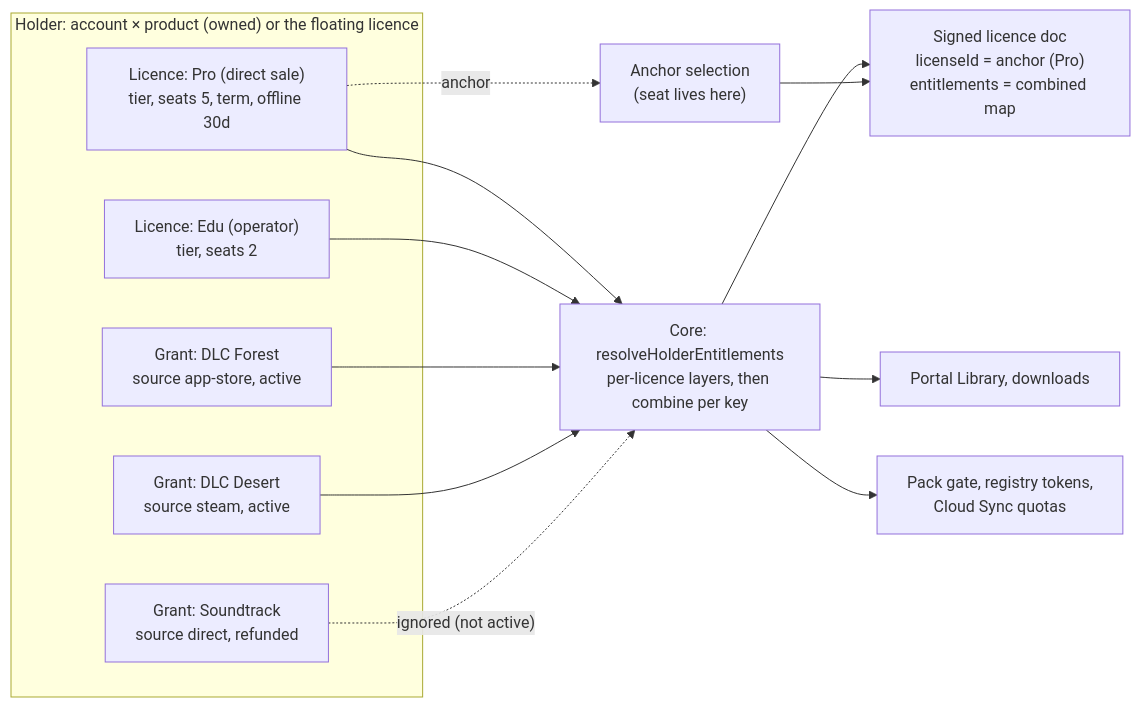
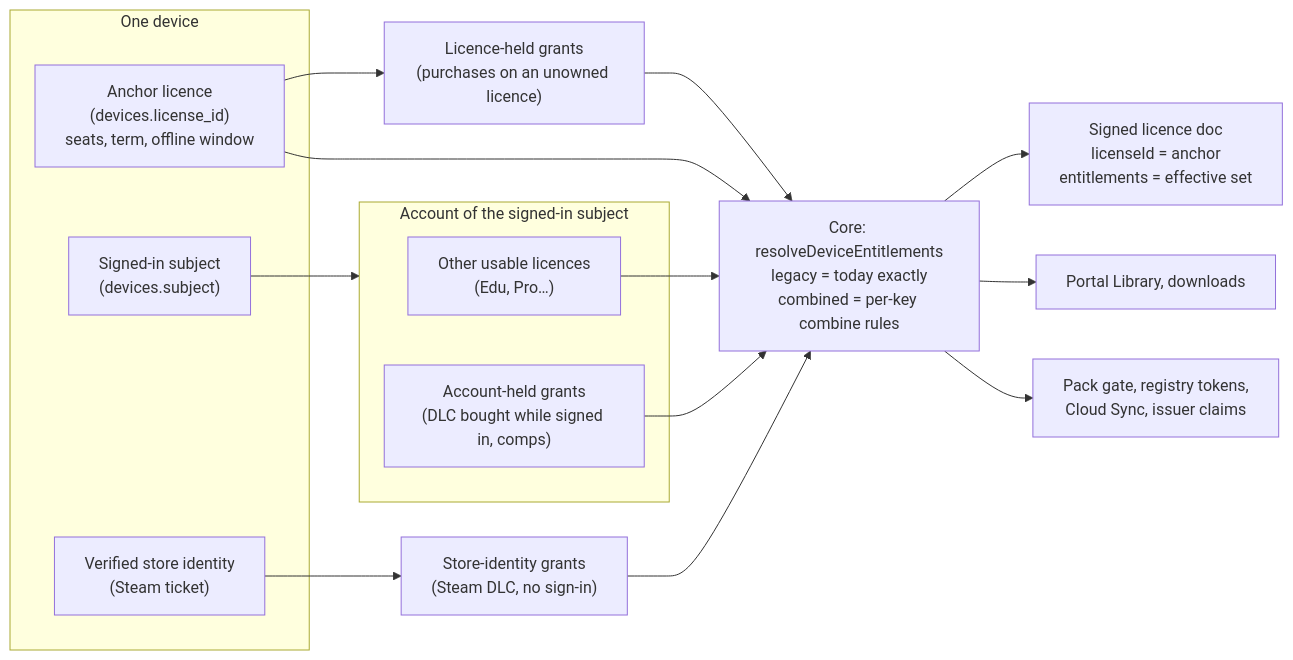
The diagram in docs/research/2026-09-29-godot-omniplatform/notes/S-19-licensing-model.md (vladzaharia/polaris-key), drawn with Mermaid before and after one commit. The commit also changed other lines of this file, not shown here.

````diff
--- a/docs/research/2026-09-29-godot-omniplatform/notes/S-19-licensing-model.md
+++ b/docs/research/2026-09-29-godot-omniplatform/notes/S-19-licensing-model.md
@@ -68,20 +95,25 @@
 ```mermaid
 flowchart LR
-  subgraph Holder["Holder: account × product (owned) or the floating licence"]
-    L1["Licence: Pro (direct sale)<br/>tier, seats 5, term, offline 30d"]
-    L2["Licence: Edu (operator)<br/>tier, seats 2"]
-    G1["Grant: DLC Forest<br/>source app-store, active"]
-    G2["Grant: DLC Desert<br/>source steam, active"]
-    G3["Grant: Soundtrack<br/>source direct, refunded"]
+  subgraph Device["One device"]
+    A["Anchor licence<br/>(devices.license_id)<br/>seats, term, offline window"]
+    S["Signed-in subject<br/>(devices.subject)"]
+    T["Verified store identity<br/>(Steam ticket)"]
   end
-  L1 --> R["Core: resolveHolderEntitlements<br/>per-licence layers, then combine per key"]
+  subgraph Account["Account of the signed-in subject"]
+    L2["Other usable licences<br/>(Edu, Pro…)"]
+    GA["Account-held grants<br/>(DLC bought while signed in, comps)"]
+  end
+  GL["Licence-held grants<br/>(purchases on an unowned licence)"]
+  GS["Store-identity grants<br/>(Steam DLC, no sign-in)"]
+  S --> Account
+  T --> GS
+  A --> GL
+  A --> R
   L2 --> R
-  G1 --> R
-  G2 --> R
-  G3 -. "ignored (not active)" .-> R
-  R --> D["Signed licence doc<br/>licenseId = anchor (Pro)<br/>entitlements = combined map"]
+  GA --> R
+  GL --> R
+  GS --> R
+  R["Core: resolveDeviceEntitlements<br/>legacy = today exactly<br/>combined = per-key combine rules"] --> D["Signed licence doc<br/>licenseId = anchor<br/>entitlements = effective set"]
   R --> P["Portal Library, downloads"]
-  R --> X["Pack gate, registry tokens,<br/>Cloud Sync quotas"]
-  A["Anchor selection<br/>(seat lives here)"] --> D
-  L1 -. "anchor" .-> A
+  R --> X["Pack gate, registry tokens,<br/>Cloud Sync, issuer claims"]
 ```
````
